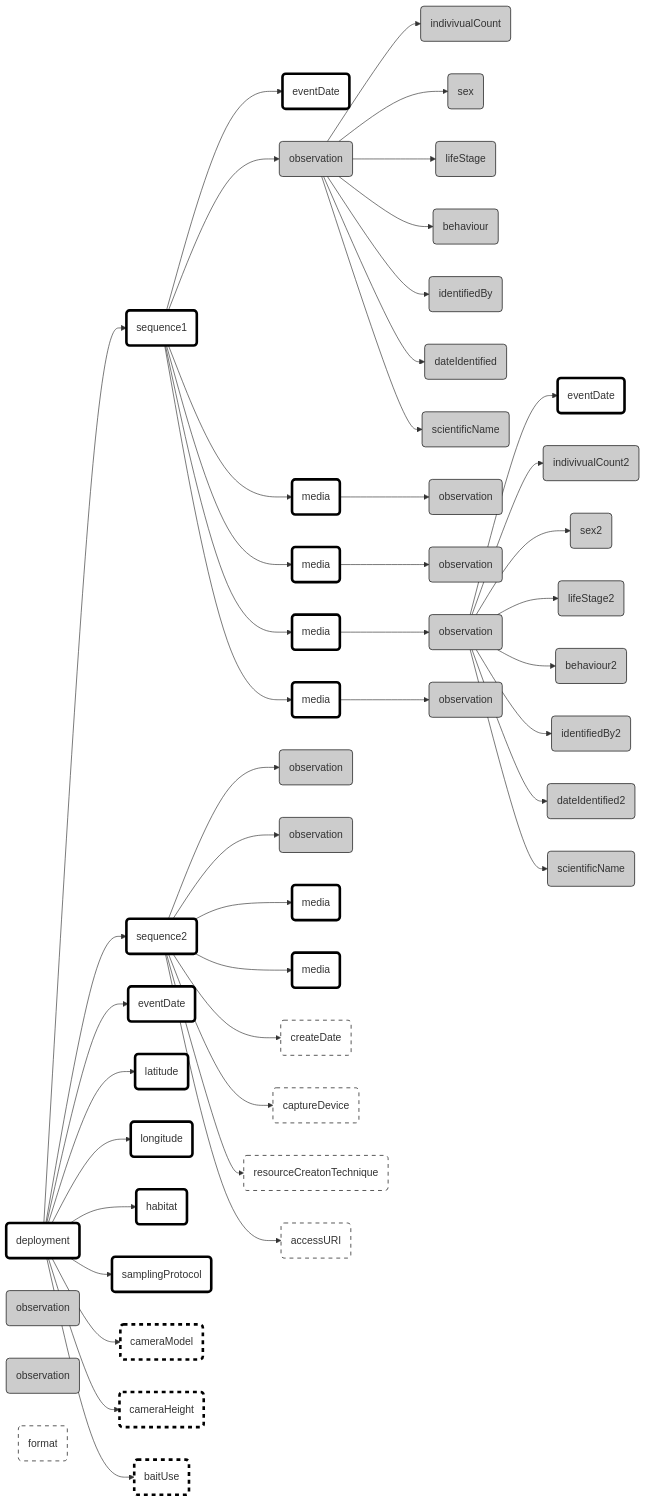
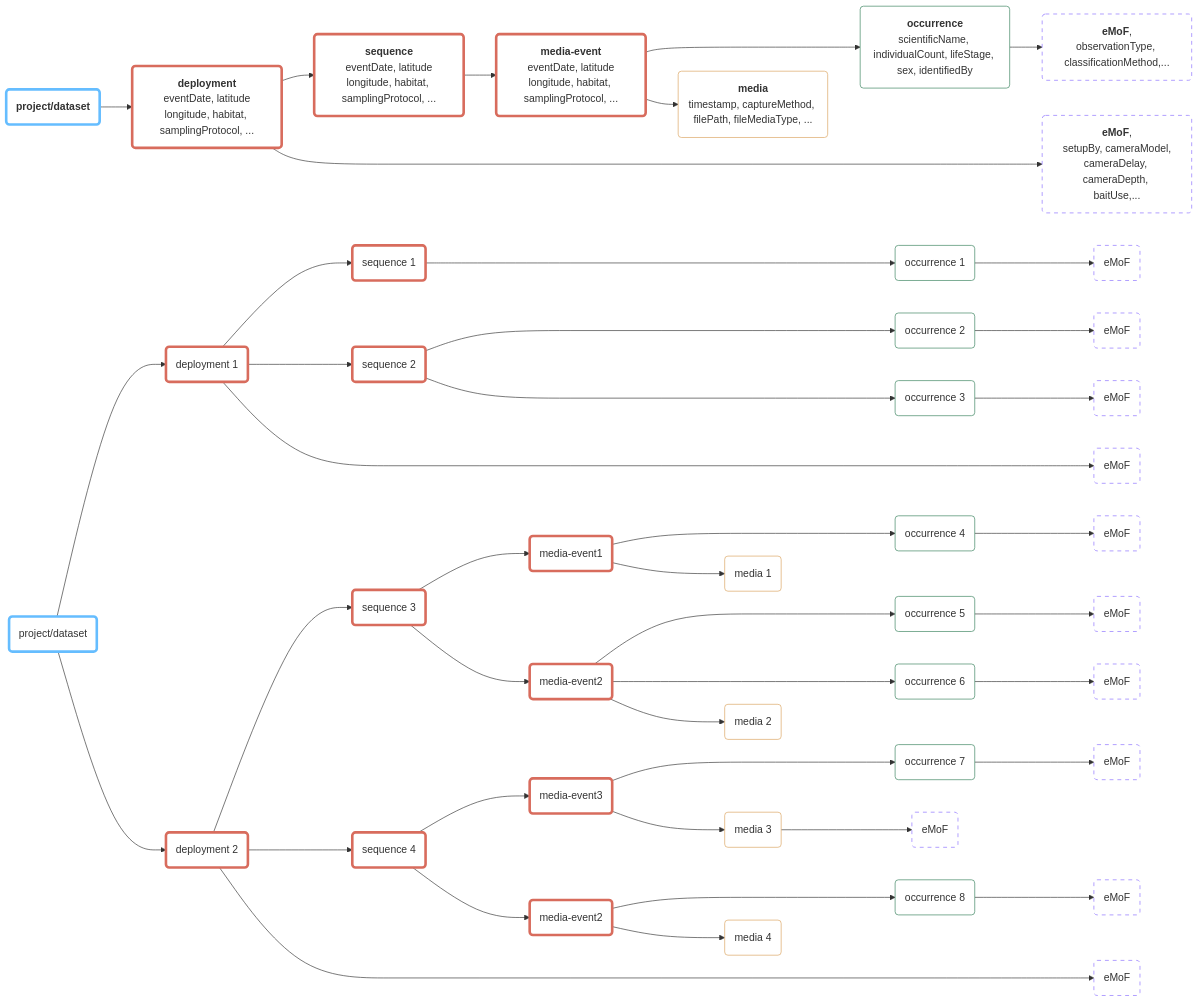
Before and after one commit to inbo/dwc-event-workshop: the diagram in data/dwc_event/README.md, drawn with Mermaid. The commit also changed other lines of this file, not shown here.

````diff
--- a/data/dwc_event/README.md
+++ b/data/dwc_event/README.md
@@ -1,123 +1,103 @@
 ```mermaid
 flowchart LR
+    classDef prj_event fill:#fff,stroke:#65BDFF,stroke-width:4px;
+    classDef dep_event fill:#fff,stroke:#D86C5D,stroke-width:4px;
+    classDef seq_event fill:#fff,stroke:#D86C5D,stroke-width:4px;
+    classDef media_event fill:#fff,stroke:#D86C5D,stroke-width:4px;
+    classDef occ_ext fill:#fff,stroke:#37805B,stroke-width:1px;
+    classDef media_ext fill:#fff,stroke:#DAA25E,stroke-width:1px;
+    classDef emof_ext fill:#fff,stroke:#896CFF,stroke-width:1px,stroke-dasharray:6;
 
-deployment("deployment"):::event
+    prj0("`**project/dataset**`"):::prj_event
+    dep0("`**deployment**
+        eventDate, latitude
+        longitude, habitat, samplingProtocol, ...`"):::dep_event
+    seq0("`**sequence**
+        eventDate, latitude
+        longitude, habitat, samplingProtocol, ...`"):::seq_event
+    med0("`**media-event**
+        eventDate, latitude
+        longitude, habitat, samplingProtocol, ...`"):::media_event
+    obs0("`**occurrence**
+        scientificName, individualCount, lifeStage, sex, identifiedBy`"):::occ_ext
+    aud0("`**media**
+        timestamp, captureMethod, filePath, fileMediaType, ...`"):::media_ext
+    emof_dep0("`**eMoF**,
+        setupBy, cameraModel,
+        cameraDelay, cameraDepth, 
+        baitUse,...`"):::emof_ext
+    emof_obs0("`**eMoF**,
+        observationType, classificationMethod,...`"):::emof_ext
+       
+    prj0 --> dep0 --> seq0 --> med0 ---> obs0
+    med0-->aud0
+    dep0------>emof_dep0
+    obs0--> emof_obs0
 
-seq1("sequence1"):::event
-seq2("sequence2"):::event
-eventDate1("eventDate"):::event
-habitat("habitat"):::event
-samplingProtocol("samplingProtocol"):::event
-latitude("latitude"):::event
-longitude("longitude"):::event
+    prj1("project/dataset"):::prj_event
+    
+    dep1("deployment 1"):::dep_event
+    dep2("deployment 2"):::dep_event
 
-media1("media"):::event
-media2("media"):::event
-media3("media"):::event
-media4("media"):::event
-media5("media"):::event
-media6("media"):::event
+    seq1_1("sequence 1"):::seq_event
+    seq1_2("sequence 2"):::seq_event
+    seq2_1("sequence 3"):::seq_event
+    seq2_2("sequence 4"):::seq_event
 
-eventDate2("eventDate"):::event
-eventDate3("eventDate"):::event
-
-obs1("observation"):::occurrence
-obs2("observation"):::occurrence
-obs3("observation"):::occurrence
-obs4("observation"):::occurrence
-obs5("observation"):::occurrence
-obs6("observation"):::occurrence
-obs7("observation"):::occurrence
-obs8("observation"):::occurrence
-obs9("observation"):::occurrence
-
-indivivualCount("indivivualCount"):::occurrence
-sex("sex"):::occurrence
-lifeStage("lifeStage"):::occurrence
-behaviour("behaviour"):::occurrence
-identifiedBy("identifiedBy"):::occurrence
-dateIdentified("dateIdentified"):::occurrence
-scientificName("scientificName"):::occurrence
-
-indivivualCount2("indivivualCount2"):::occurrence
-sex2("sex2"):::occurrence
-lifeStage2("lifeStage2"):::occurrence
-behaviour2("behaviour2"):::occurrence
-identifiedBy2("identifiedBy2"):::occurrence
-dateIdentified2("dateIdentified2"):::occurrence
-scientificName2("scientificName"):::occurrence
-
-createDate("createDate"):::audubon
-captureDevice("captureDevice"):::audubon
-resourceCreatonTechnique("resourceCreatonTechnique"):::audubon
-accessURI("accessURI"):::audubon
-format("format"):::audubon
-
-cameraModel("cameraModel"):::emof
-cameraHeight("cameraHeight"):::emof
-baitUse("baitUse"):::emof
-
-classDef event fill:#fff,stroke-width:4px,stroke:#000;
-classDef occurrence fill:#ccc,stroke-width:1px,stroke:#000;
-classDef audubon fill:#fff,stroke-width:1px,stroke:#000, stroke-dasharray:6;
-classDef emof fill:#fff,stroke-width:4px,stroke:#000, stroke-dasharray:6;
-
-%% Deployment level
-
-deployment --> seq1
-deployment --> seq2
-
-deployment --> eventDate1
-deployment --> latitude
-deployment --> longitude
-deployment --> habitat
-deployment --> samplingProtocol
-
-deployment --> cameraModel
-deployment --> cameraHeight
-deployment --> baitUse
-
-%% Sequence 1
-seq1--> eventDate2
-
-seq1 --> obs1
-seq1 --> media1
-seq1 --> media2
-seq1 --> media3
-seq1 --> media4
-
-    %% Sequence-based observation 1
-    obs1 --> indivivualCount
-    obs1 --> sex
-    obs1 --> lifeStage
-    obs1 --> behaviour
-    obs1 --> identifiedBy
-    obs1 --> dateIdentified 
-    obs1 --> scientificName
-
-    %% Media-based observation 1
-        media1 --> obs2
-        media2 --> obs3
-        media3 --> obs4
-            obs4 --> eventDate3
-            obs4 --> indivivualCount2
-            obs4 --> sex2
-            obs4 --> lifeStage2
-            obs4 --> behaviour2
-            obs4 --> identifiedBy2
-            obs4 --> dateIdentified2
-            obs4 --> scientificName2
-        media4 --> obs5
+    media2_1a("media-event1"):::media_event
+    media2_1b("media-event2"):::media_event
+    media2_2a("media-event3"):::media_event
+    media2_2b("media-event2"):::media_event
 
 
-%% Sequence 2
-seq2 --> obs6
-seq2 --> obs7
-seq2 --> media5
-seq2 --> media6
+    obs1_1("occurrence 1"):::occ_ext
+    obs1_2a("occurrence 2"):::occ_ext
+    obs1_2b("occurrence 3"):::occ_ext
+    occ2_1a("occurrence 4"):::occ_ext
+    occ2_1b1("occurrence 5"):::occ_ext
+    occ2_1b2("occurrence 6"):::occ_ext
+    occ2_2a("occurrence 7"):::occ_ext
+    occ2_2b("occurrence 8"):::occ_ext
 
-seq2 --> createDate
-seq2 --> captureDevice
-seq2 --> resourceCreatonTechnique
-seq2 --> accessURI
+    aud2_1a("media 1"):::media_ext
+    aud2_1b("media 2"):::media_ext
+    aud2_2a("media 3"):::media_ext
+    aud2_2b("media 4"):::media_ext
+
+    emof_dep1("eMoF"):::emof_ext
+    emof_dep2("eMoF"):::emof_ext
+    emof_obs1("eMoF"):::emof_ext
+    emof_obs2("eMoF"):::emof_ext
+    emof_obs3("eMoF"):::emof_ext
+    emof_obs4("eMoF"):::emof_ext
+    emof_obs5("eMoF"):::emof_ext
+    emof_obs6("eMoF"):::emof_ext
+    emof_obs7("eMoF"):::emof_ext
+    emof_obs8("eMoF"):::emof_ext
+    emof_obs9("eMoF"):::emof_ext
+
+    prj1-->dep1
+        dep1 --> seq1_1
+            seq1_1---->obs1_1 -->emof_obs1
+        dep1 --> seq1_2
+            seq1_2---->obs1_2a-->emof_obs2
+            seq1_2---->obs1_2b-->emof_obs3
+        dep1------>emof_dep1
+    prj1-->dep2
+        dep2-->seq2_1
+            seq2_1-->media2_1a
+                media2_1a--->occ2_1a-->emof_obs4
+                media2_1a-->aud2_1a
+            seq2_1-->media2_1b
+                media2_1b--->occ2_1b1-->emof_obs5
+                media2_1b--->occ2_1b2-->emof_obs6
+                media2_1b-->aud2_1b
+        dep2-->seq2_2
+            seq2_2-->media2_2a
+                media2_2a--->occ2_2a-->emof_obs7
+                media2_2a-->aud2_2a-->emof_obs8
+            seq2_2-->media2_2b
+                media2_2b--->occ2_2b-->emof_obs9
+                media2_2b-->aud2_2b
+        dep2------>emof_dep2
 ```
````
